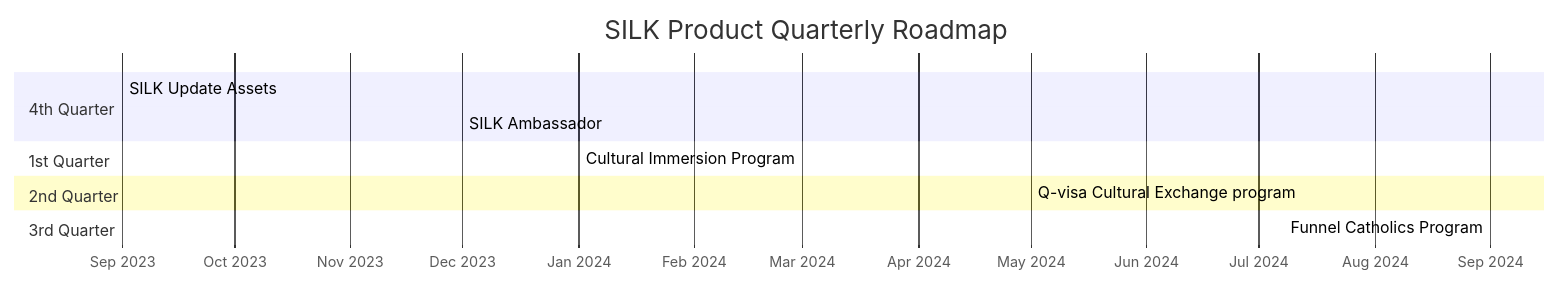
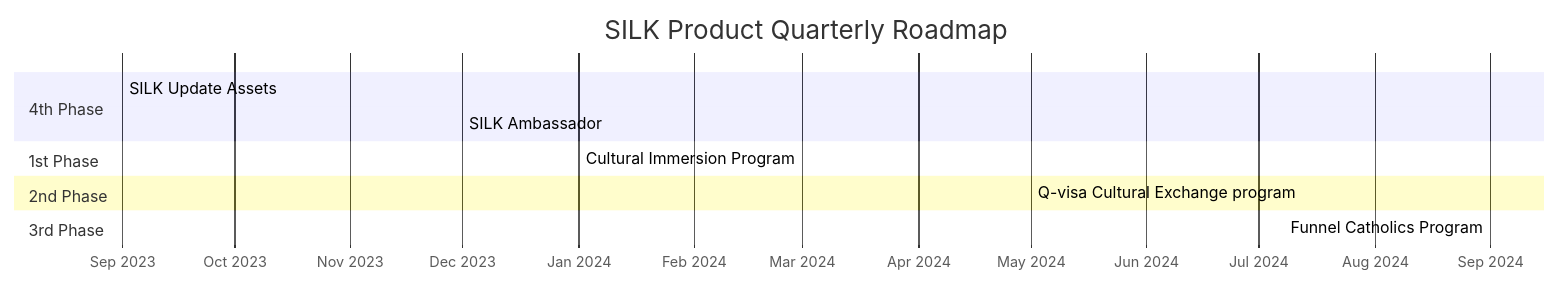
Before and after one commit to sizzzy/Silk-Corp-Guide: the diagram in research/SILK- quarterlygoals.md, drawn with Mermaid.

Commit message:
Update SILK- quarterlygoals.md

````diff
--- a/research/SILK- quarterlygoals.md
+++ b/research/SILK- quarterlygoals.md
@@ -1,21 +1,21 @@
 ```mermaid
 gantt
   title SILK Product Quarterly Roadmap
   dateFormat YYYY-MM
   axisFormat %b %Y
 
-  section 4th Quarter
+  section 4th Phase
   SILK Update Assets          : done, 2023-09-01, 2023-11-30
   SILK Ambassador : done, 2023-12-01, 2023-12-31
 
-  section 1st Quarter
+  section 1st Phase
   Cultural Immersion Program  : done, 2024-01-01, 2024-04-30
 
-  section 2nd Quarter
+  section 2nd Phase
   Q-visa Cultural Exchange program   : done, 2024-05-01, 2024-08-31
 
-  section 3rd Quarter
+  section 3rd Phase
   Funnel Catholics Program : done, 2024-09-01, 2024-12-31
 
 
 ```
````
